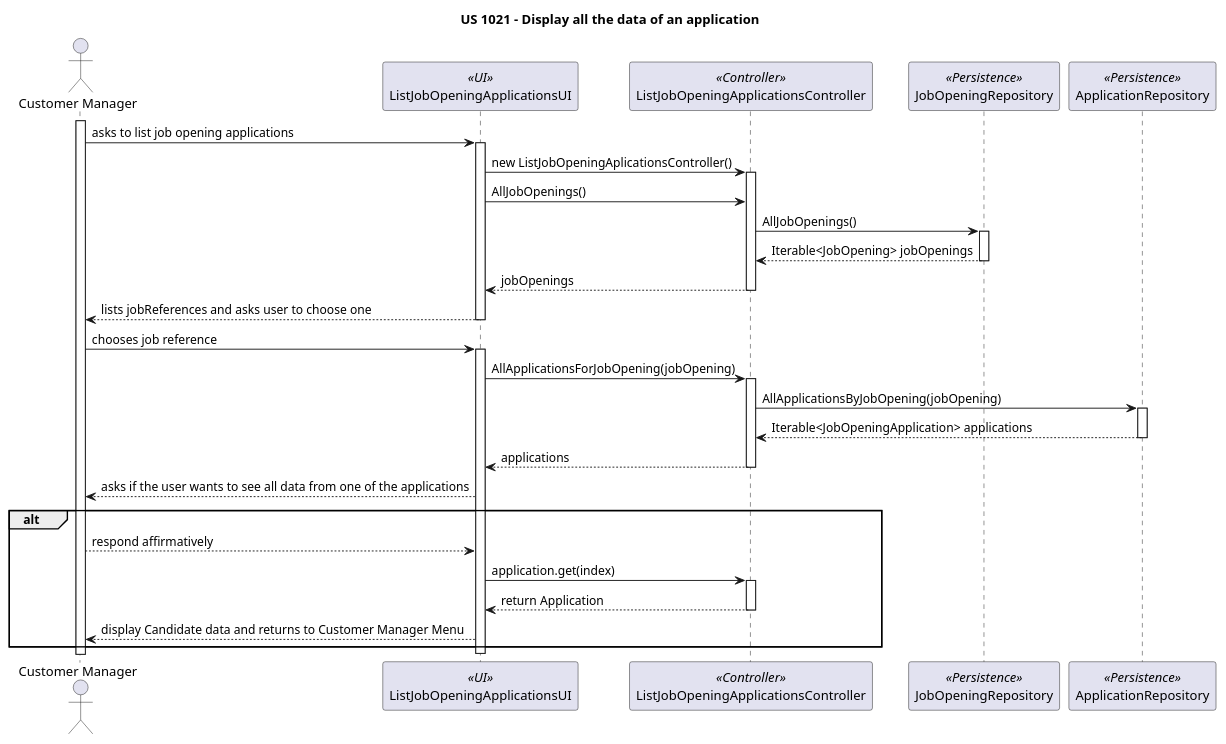
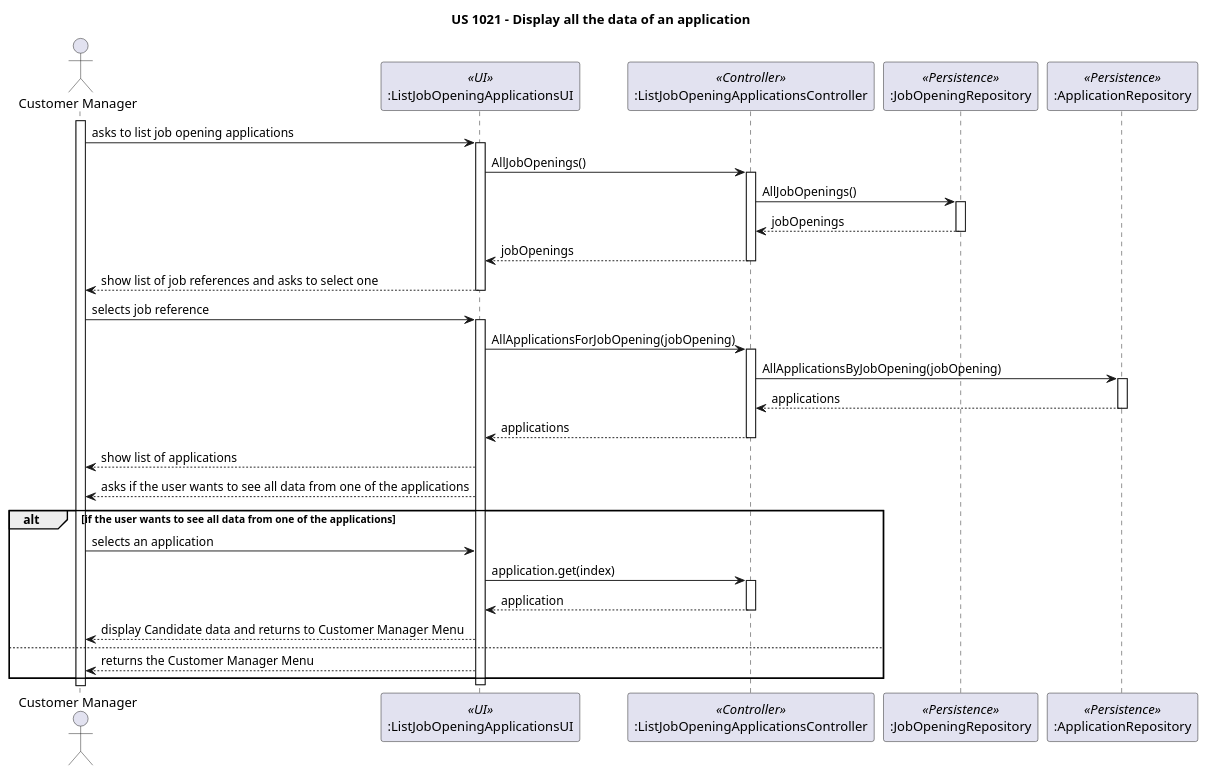
One commit to marcoferreira37/Lapr4 changed the diagram in docs/sprintC/1021/puml/1021-sequence-diagram.puml. Above: the diagram before and after it, drawn with PlantUML.

Commit message:
#46 [US1021] - Update of the sequence diagram

```diff
--- a/docs/sprintC/1021/puml/1021-sequence-diagram.puml
+++ b/docs/sprintC/1021/puml/1021-sequence-diagram.puml
@@ -2,67 +2,73 @@
 @startuml
 
 title US 1021 - Display all the data of an application
 
 actor "Customer Manager" as User
 
-participant "ListJobOpeningApplicationsUI" as UI <<UI>>
-participant "ListJobOpeningApplicationsController" as Controller <<Controller>>
-participant "JobOpeningRepository" as Repository <<Persistence>>
-participant "ApplicationRepository" as ApplicationRepository <<Persistence>>
+participant ":ListJobOpeningApplicationsUI" as UI <<UI>>
+participant ":ListJobOpeningApplicationsController" as Controller <<Controller>>
+participant ":JobOpeningRepository" as Repository <<Persistence>>
+participant ":ApplicationRepository" as ApplicationRepository <<Persistence>>
 
 
 
 activate User
 
 User -> UI: asks to list job opening applications
 
 activate UI
 
-UI -> Controller: new ListJobOpeningAplicationsController()
+UI -> Controller:AllJobOpenings()
     activate Controller
-UI -> Controller:AllJobOpenings()
+
 Controller -> Repository: AllJobOpenings()
 
     activate Repository
 
-    Repository --> Controller: Iterable<JobOpening> jobOpenings
+    Repository --> Controller: jobOpenings
 
     deactivate Repository
 
     Controller --> UI: jobOpenings
 
     deactivate Controller
-    UI --> User: lists jobReferences and asks user to choose one
+    UI --> User: show list of job references and asks to select one
 deactivate UI
 
-User -> UI: chooses job reference
+User -> UI: selects job reference
 
 activate UI
 
     UI -> Controller: AllApplicationsForJobOpening(jobOpening)
 
     activate Controller
 
 
 Controller -> ApplicationRepository: AllApplicationsByJobOpening(jobOpening)
 activate ApplicationRepository
 
-ApplicationRepository --> Controller:   Iterable<JobOpeningApplication> applications
+ApplicationRepository --> Controller:  applications
 
 deactivate ApplicationRepository
 Controller --> UI: applications
 deactivate Controller
-
+UI --> User: show list of applications
 UI --> User: asks if the user wants to see all data from one of the applications
-alt
-User-->UI: respond affirmatively
+alt if the user wants to see all data from one of the applications
+User->UI: selects an application
 UI -> Controller: application.get(index)
 activate Controller
-Controller --> UI: return Application
+Controller --> UI: application
 deactivate Controller
 UI --> User: display Candidate data and returns to Customer Manager Menu
+
+
+else
+
+User <--UI: returns the Customer Manager Menu
+
 end
 
 deactivate UI
 
 @enduml
```
